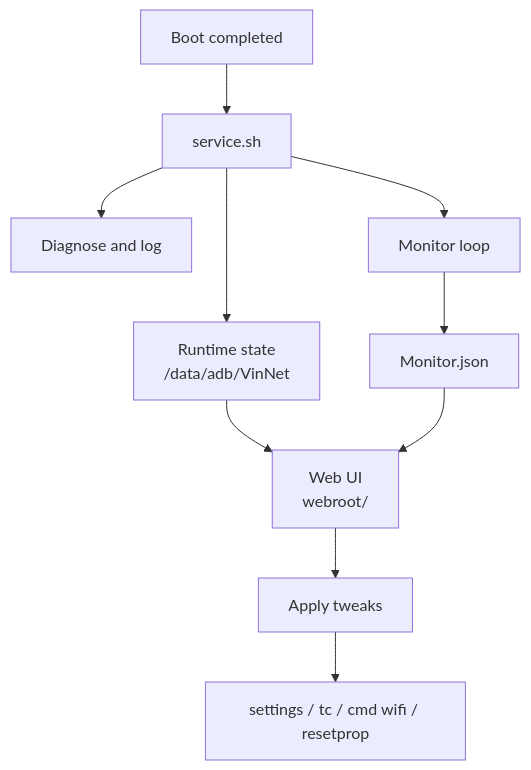
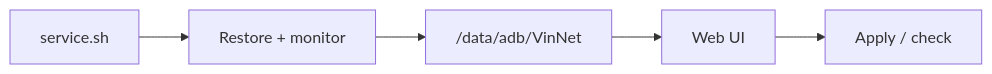
Before and after one commit to Vinzz1234567890/VinNet: the diagram in README.md, drawn with Mermaid. The commit also changed other lines of this file, not shown here.

````diff
--- a/README.md
+++ b/README.md
@@ -112,12 +91,7 @@
 ```mermaid
-flowchart TD
-    A["Boot completed"] --> B["service.sh"]
-    B --> C["Diagnose and log"]
-    B --> D["Runtime state<br/>/data/adb/VinNet"]
-    B --> E["Monitor loop"]
-    E --> F["Monitor.json"]
-    D --> G["Web UI<br/>webroot/"]
-    F --> G
-    G --> H["Apply tweaks"]
-    H --> I["settings / tc / cmd wifi / resetprop"]
+flowchart LR
+    A["service.sh"] --> B["Restore + monitor"]
+    B --> C["/data/adb/VinNet"]
+    C --> D["Web UI"]
+    D --> E["Apply / check"]
 ```
````
